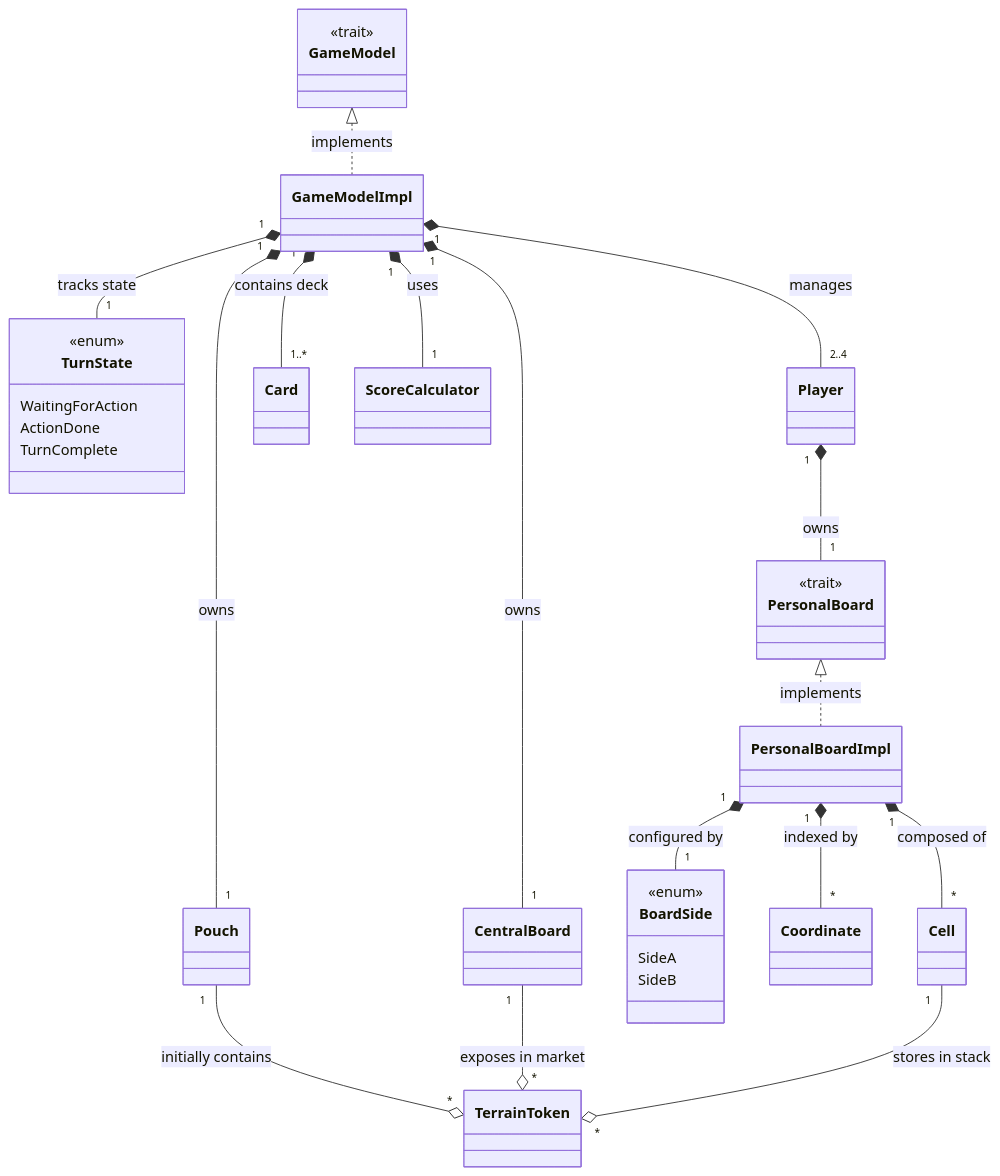
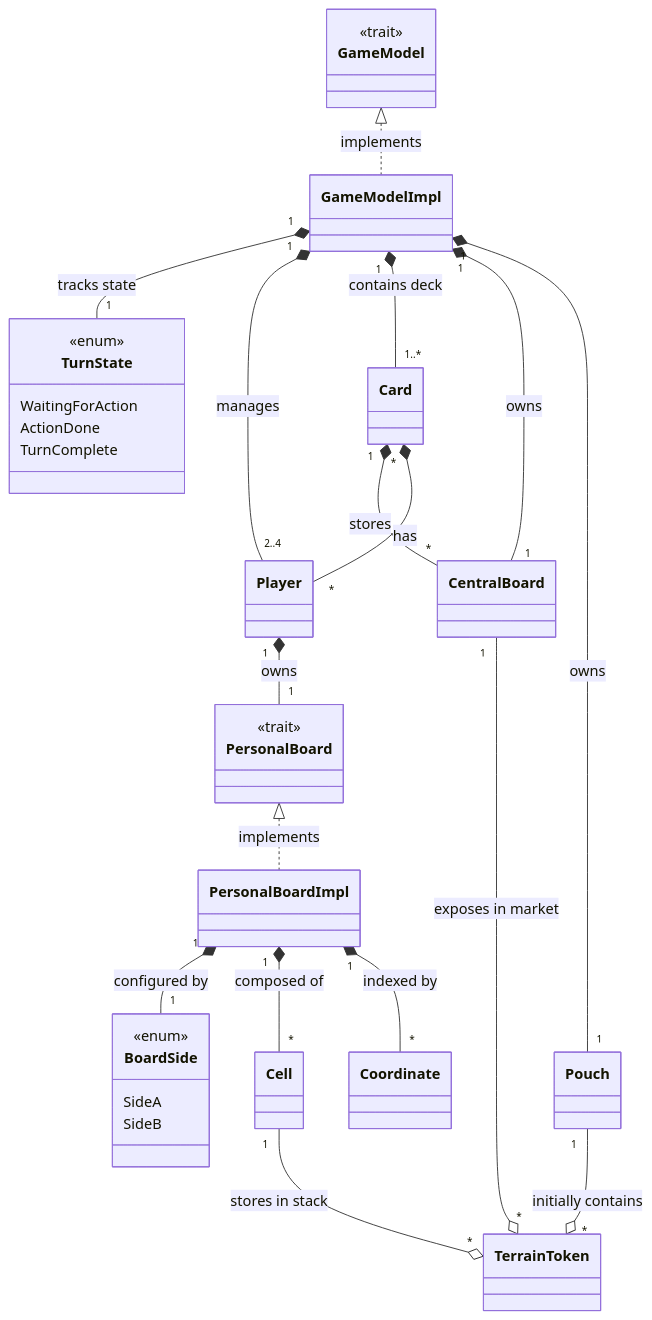
The first of 3 diagrams in docs/detailed-design.md (elisayan/PPS-25-scalarmonies), drawn with Mermaid before and after one commit. The commit also changed other lines of this file, not shown here.

Commit message:
made docs for model

````diff
--- a/docs/detailed-design.md
+++ b/docs/detailed-design.md
@@ -2,76 +4,79 @@
 ```mermaid
 classDiagram
     direction TB
 
 %% Interfaces and Main Model
     class GameModel {
         <<trait>>
        
     }
 
     class GameModelImpl {
         
     }
 
     class TurnState {
         <<enum>>
         WaitingForAction
         ActionDone
         TurnComplete
     }
 
     class CentralBoard {
     }
 
     class Pouch {
     }
 
     class Player {
     }
 
     class Card {
     }
 
     class PersonalBoard {
         <<trait>>
     }
 
     class PersonalBoardImpl {
     }
 
     class BoardSide {
         <<enum>>
         SideA
         SideB
     }
 
     class Coordinate {
     }
 
     class Cell {
     }
 
     class TerrainToken {
     }
 
 %% GameModel Relationships
     GameModel <|.. GameModelImpl : implements
     GameModelImpl "1" *-- "1" TurnState : tracks state
     GameModelImpl "1" *-- "2..4" Player : manages
     GameModelImpl "1" *-- "1..*" Card : contains deck
-    GameModelImpl "1" *-- "1" ScoreCalculator : uses
     GameModelImpl "1" *-- "1" CentralBoard : owns
     GameModelImpl "1" *-- "1" Pouch : owns
 
 %% Player & PersonalBoard Relationships
     Player "1" *-- "1" PersonalBoard : owns
     PersonalBoard <|.. PersonalBoardImpl : implements
     PersonalBoardImpl "1" *-- "1" BoardSide : configured by
     PersonalBoardImpl "1" *-- "*" Cell : composed of
     PersonalBoardImpl "1" *-- "*" Coordinate : indexed by
 
 %% TerrainToken Lifecycle / Containers
     Pouch "1" --o "*" TerrainToken : initially contains
     CentralBoard "1" --o "*" TerrainToken : exposes in market
     Cell "1" --o "*" TerrainToken : stores in stack
+
+%% Card Relationships
+    Card "1" *-- "*" CentralBoard: stores
+    Card "*" *-- "*" Player: has
 ```
````
